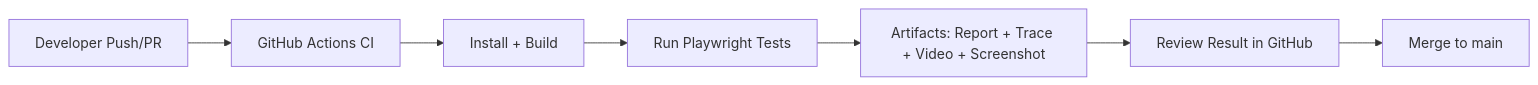
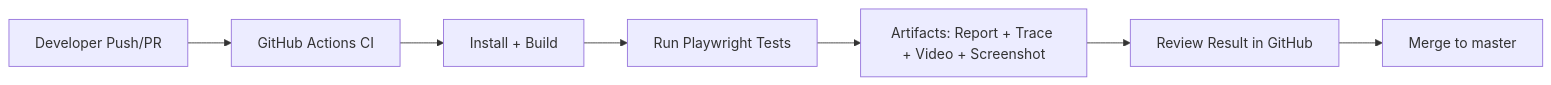
Before and after one commit to Watsawan-N/homework-automation-demo: the diagram in GUIDE_TH.md, drawn with Mermaid. The commit also changed other lines of this file and 2 other files, not shown here.

````diff
--- a/GUIDE_TH.md
+++ b/GUIDE_TH.md
@@ -18,9 +18,9 @@
 ```mermaid
 flowchart LR
   A[Developer Push/PR] --> B[GitHub Actions CI]
   B --> C[Install + Build]
   C --> D[Run Playwright Tests]
   D --> E[Artifacts: Report + Trace + Video + Screenshot]
   E --> F[Review Result in GitHub]
-  F --> G[Merge to main]
+  F --> G[Merge to master]
 ```
````
